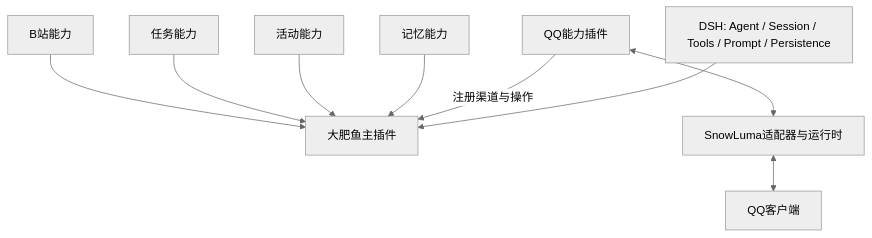
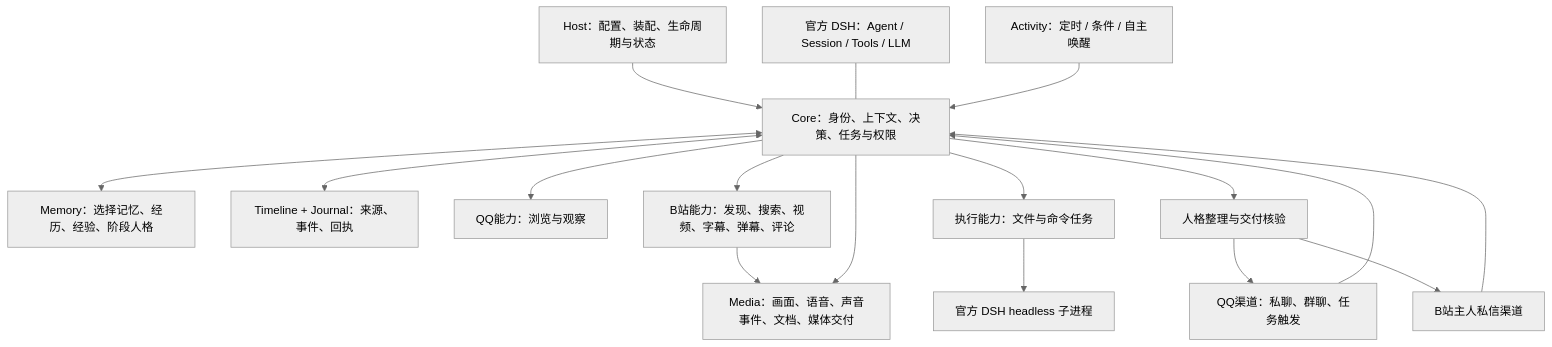
One commit to AuraKaliya/dsh-dafeiyu changed the diagram in docs/architecture.md. Above: the diagram before and after it, drawn with Mermaid (neutral theme). The commit also changed other lines of this file and 53 other files, not shown here.

Commit message:
docs: define local-only validation and current DaFeiYu architecture

````diff
--- a/docs/architecture.md
+++ b/docs/architecture.md
@@ -15,11 +11,19 @@
 ```mermaid
 flowchart TB
-  D[DSH: Agent / Session / Tools / Prompt / Persistence] --> C[大肥鱼主插件]
-  Q[QQ能力插件] -->|注册渠道与操作| C
-  M[记忆能力] --> C
-  A[活动能力] --> C
-  T[任务能力] --> C
-  B[B站能力] --> C
-  Q <--> S[SnowLuma适配器与运行时]
-  S <--> QQ[QQ客户端]
+    H[Host：配置、装配、生命周期与状态] --> C[Core：身份、上下文、决策、任务与权限]
+    D[官方 DSH：Agent / Session / Tools / LLM] --- C
+    Q[QQ渠道：私聊、群聊、任务触发] --> C
+    P[B站主人私信渠道] --> C
+    A[Activity：定时 / 条件 / 自主唤醒] --> C
+    C <--> M[Memory：选择记忆、经历、经验、阶段人格]
+    C <--> T[Timeline + Journal：来源、事件、回执]
+    C --> QC[QQ能力：浏览与观察]
+    C --> B[B站能力：发现、搜索、视频、字幕、弹幕、评论]
+    B --> V[Media：画面、语音、声音事件、文档、媒体交付]
+    C --> V
+    C --> X[执行能力：文件与命令任务]
+    X --> CLI[官方 DSH headless 子进程]
+    C --> R[人格整理与交付核验]
+    R --> Q
+    R --> P
 ```
````
